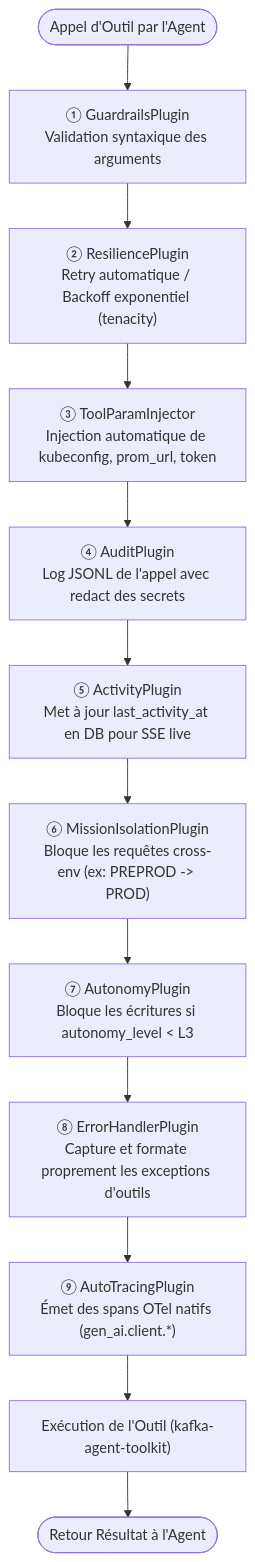
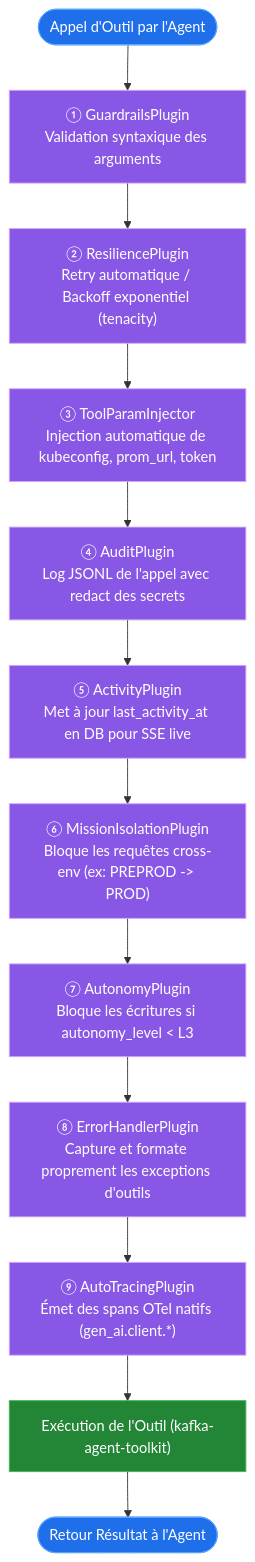
Before and after one commit to arabaaoui/kafka-agentic-platform: the fourth of 6 diagrams in README.md, drawn with Mermaid. The commit also changed other lines of this file and 73 other files, not shown here.

Commit message:
chore: unify README diagram styles and anonymize codebase for open-source

````diff
--- a/README.md
+++ b/README.md
@@ -199,18 +198,27 @@
 ```mermaid
 flowchart TD
     REQ(["Appel d'Outil par l'Agent"]) --> P1
 
     P1["① GuardrailsPlugin\nValidation syntaxique des arguments"]
     P2["② ResiliencePlugin\nRetry automatique / Backoff exponentiel (tenacity)"]
     P3["③ ToolParamInjector\nInjection automatique de kubeconfig, prom_url, token"]
     P4["④ AuditPlugin\nLog JSONL de l'appel avec redact des secrets"]
     P5["⑤ ActivityPlugin\nMet à jour last_activity_at en DB pour SSE live"]
     P6["⑥ MissionIsolationPlugin\nBloque les requêtes cross-env (ex: PREPROD -> PROD)"]
     P7["⑦ AutonomyPlugin\nBloque les écritures si autonomy_level < L3"]
     P8["⑧ ErrorHandlerPlugin\nCapture et formate proprement les exceptions d'outils"]
     P9["⑨ AutoTracingPlugin\nÉmet des spans OTel natifs (gen_ai.client.*)"]
 
     P1 --> P2 --> P3 --> P4 --> P5 --> P6 --> P7 --> P8 --> P9
     P9 --> EXEC["Exécution de l'Outil (kafka-agent-toolkit)"]
     EXEC --> RET(["Retour Résultat à l'Agent"])
+
+    %% Style Definitions
+    classDef blueNode fill:#1f6feb,stroke:#58a6ff,stroke-width:1px,color:#fff;
+    classDef purpleNode fill:#8957e5,stroke:#d2a8ff,stroke-width:1px,color:#fff;
+    classDef greenNode fill:#238636,stroke:#3fb950,stroke-width:1px,color:#fff;
+
+    class REQ,RET blueNode;
+    class P1,P2,P3,P4,P5,P6,P7,P8,P9 purpleNode;
+    class EXEC greenNode;
 ```
````
